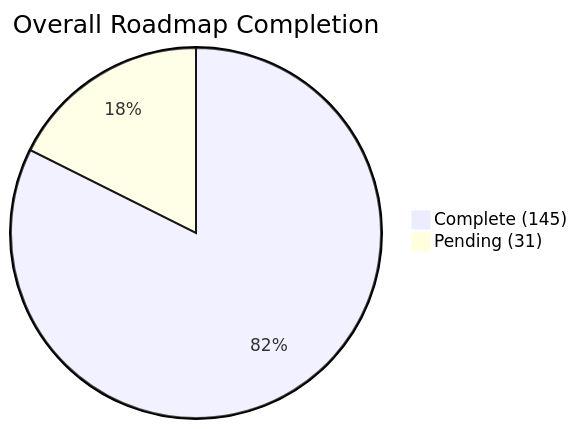
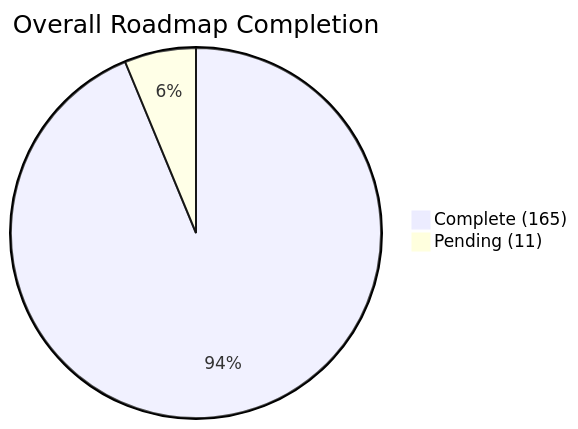
One commit to J3DI-19/TraceVeil changed the first of 14 diagrams in docs/Completion_Report_2026-09-06.md. Above: the diagram before and after it, drawn with Mermaid. The commit also changed other lines of this file and 2 other files, not shown here.

Commit message:
Update roadmap and completion records

````diff
--- a/docs/Completion_Report_2026-09-06.md
+++ b/docs/Completion_Report_2026-09-06.md
@@ -49,5 +49,5 @@
 ```mermaid
 pie title Overall Roadmap Completion
-    "Complete (145)" : 145
-    "Pending (31)" : 31
+    "Complete (165)" : 165
+    "Pending (11)" : 11
 ```
````
